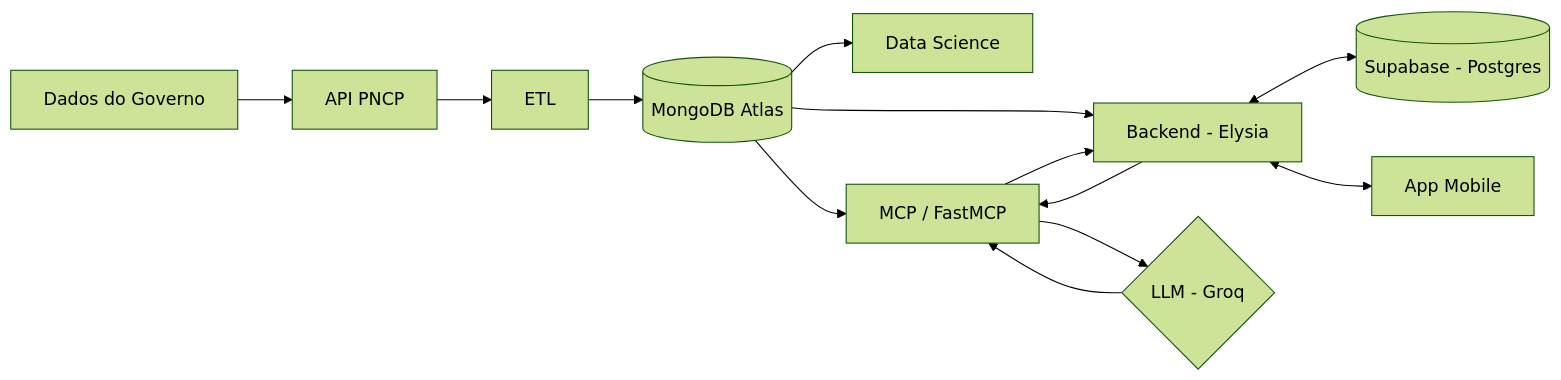
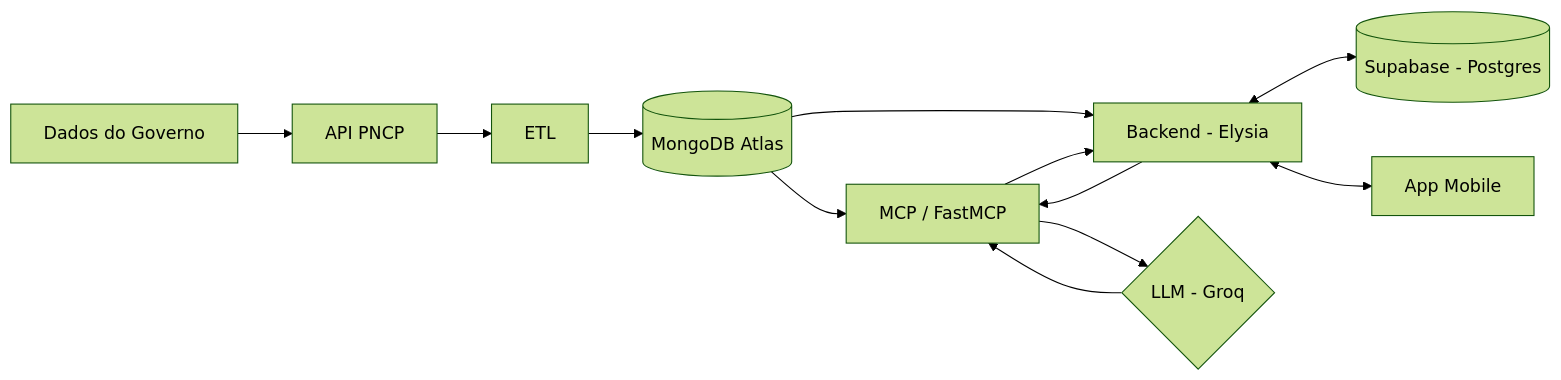
Before and after one commit to VyNas07/Licitei: the diagram in README.md, drawn with Mermaid (forest theme). The commit also changed other lines of this file and 3 other files, not shown here.

Commit message:
chore: remove pastas data-science e infra do repositorio

````diff
--- a/README.md
+++ b/README.md
@@ -21,15 +21,14 @@
 ```mermaid
 flowchart LR
     A[Dados do Governo] --> B[API PNCP]
     B --> C[ETL]
     C --> E[(MongoDB Atlas)]
-    E --> F[Data Science]
     E --> G[MCP / FastMCP]
     E --> I[Backend - Elysia]
     G --> H{LLM - Groq}
     H --> G
     I <--> D[(Supabase - Postgres)]
     I --> G
     G --> I
     I <--> J[App Mobile]
 ```
````
